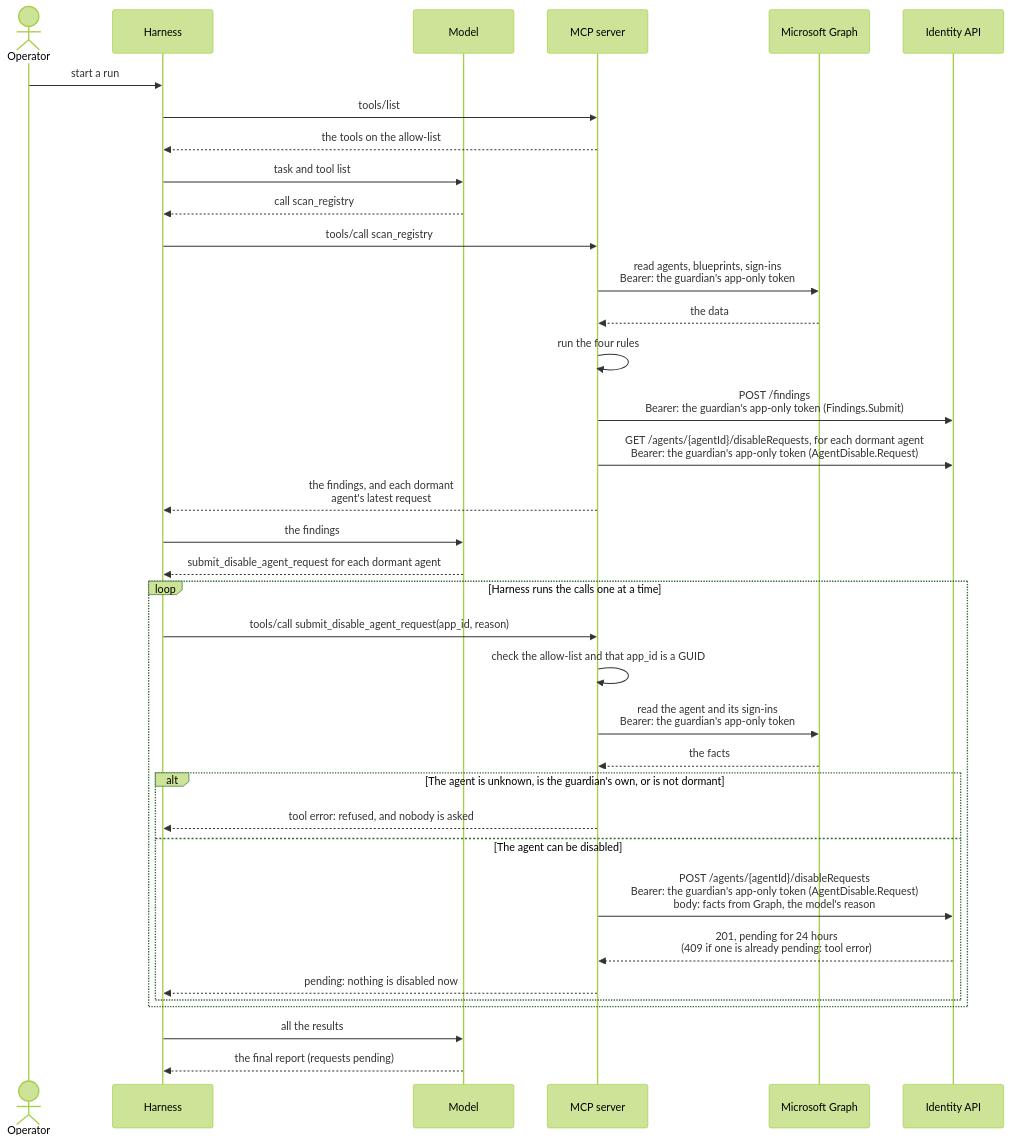
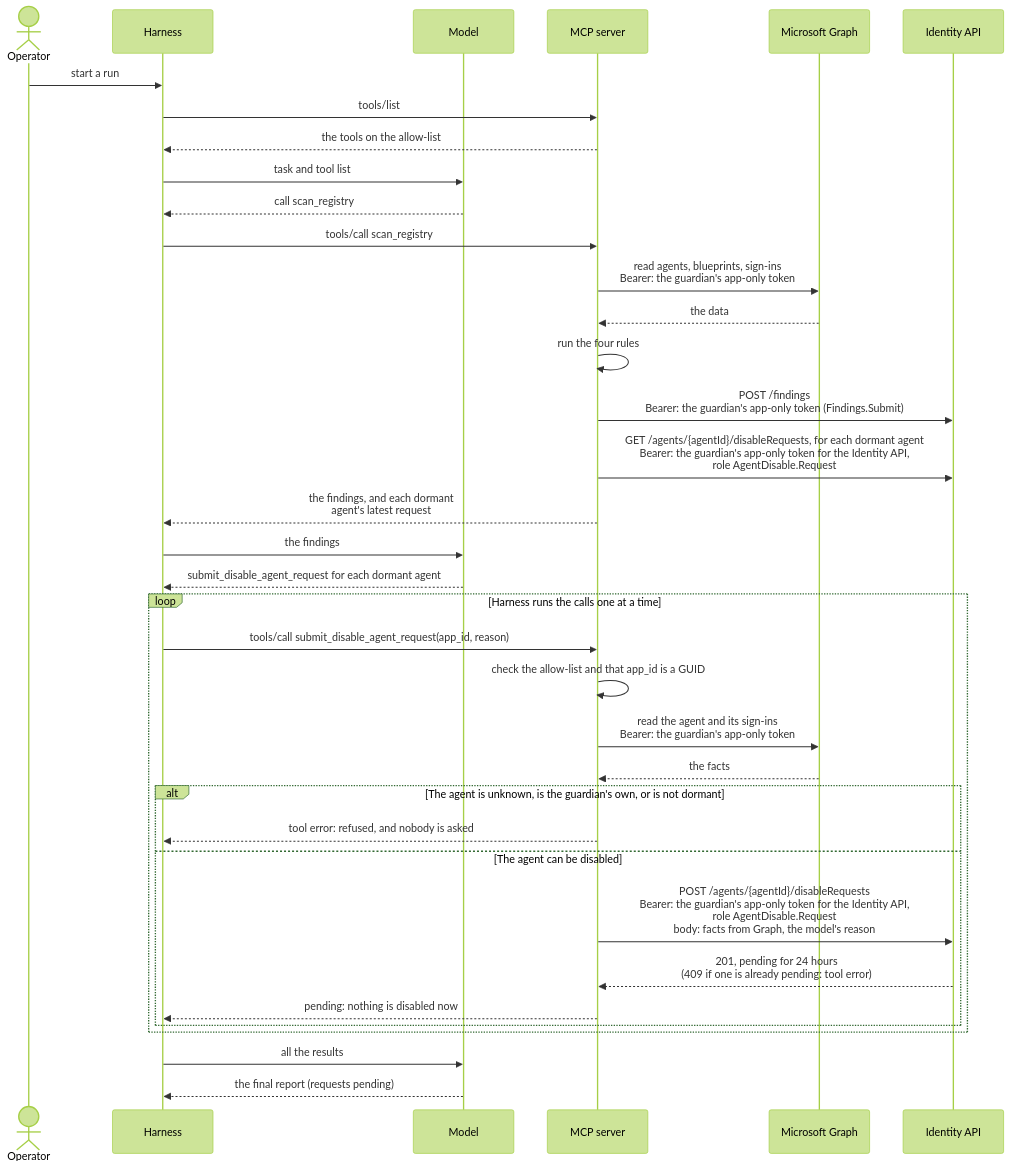
Before and after one commit to alireza-mpr/agent-steward: the third of 6 diagrams in docs/agent-steward-architecture.md, drawn with Mermaid (forest theme). The commit also changed other lines of this file and 17 other files, not shown here.

````diff
--- a/docs/agent-steward-architecture.md
+++ b/docs/agent-steward-architecture.md
@@ -193,40 +200,40 @@
 ```mermaid
 sequenceDiagram
     actor O as Operator
     participant H as Harness
     participant L as Model
     participant M as MCP server
     participant G as Microsoft Graph
     participant A as Identity API
 
     O->>H: start a run
     H->>M: tools/list
     M-->>H: the tools on the allow-list
     H->>L: task and tool list
     L-->>H: call scan_registry
     H->>M: tools/call scan_registry
     M->>G: read agents, blueprints, sign-ins<br/>Bearer: the guardian's app-only token
     G-->>M: the data
     M->>M: run the four rules
     M->>A: POST /findings<br/>Bearer: the guardian's app-only token (Findings.Submit)
-    M->>A: GET /agents/{agentId}/disableRequests, for each dormant agent<br/>Bearer: the guardian's app-only token (AgentDisable.Request)
+    M->>A: GET /agents/{agentId}/disableRequests, for each dormant agent<br/>Bearer: the guardian's app-only token for the Identity API,<br/>role AgentDisable.Request
     M-->>H: the findings, and each dormant<br/>agent's latest request
     H->>L: the findings
 
     L-->>H: submit_disable_agent_request for each dormant agent
     loop Harness runs the calls one at a time
         H->>M: tools/call submit_disable_agent_request(app_id, reason)
         M->>M: check the allow-list and that app_id is a GUID
         M->>G: read the agent and its sign-ins<br/>Bearer: the guardian's app-only token
         G-->>M: the facts
         alt The agent is unknown, is the guardian's own, or is not dormant
             M-->>H: tool error: refused, and nobody is asked
         else The agent can be disabled
-            M->>A: POST /agents/{agentId}/disableRequests<br/>Bearer: the guardian's app-only token (AgentDisable.Request)<br/>body: facts from Graph, the model's reason
+            M->>A: POST /agents/{agentId}/disableRequests<br/>Bearer: the guardian's app-only token for the Identity API,<br/>role AgentDisable.Request<br/>body: facts from Graph, the model's reason
             A-->>M: 201, pending for 24 hours<br/>(409 if one is already pending: tool error)
             M-->>H: pending: nothing is disabled now
         end
     end
     H->>L: all the results
     L-->>H: the final report (requests pending)
 ```
````
